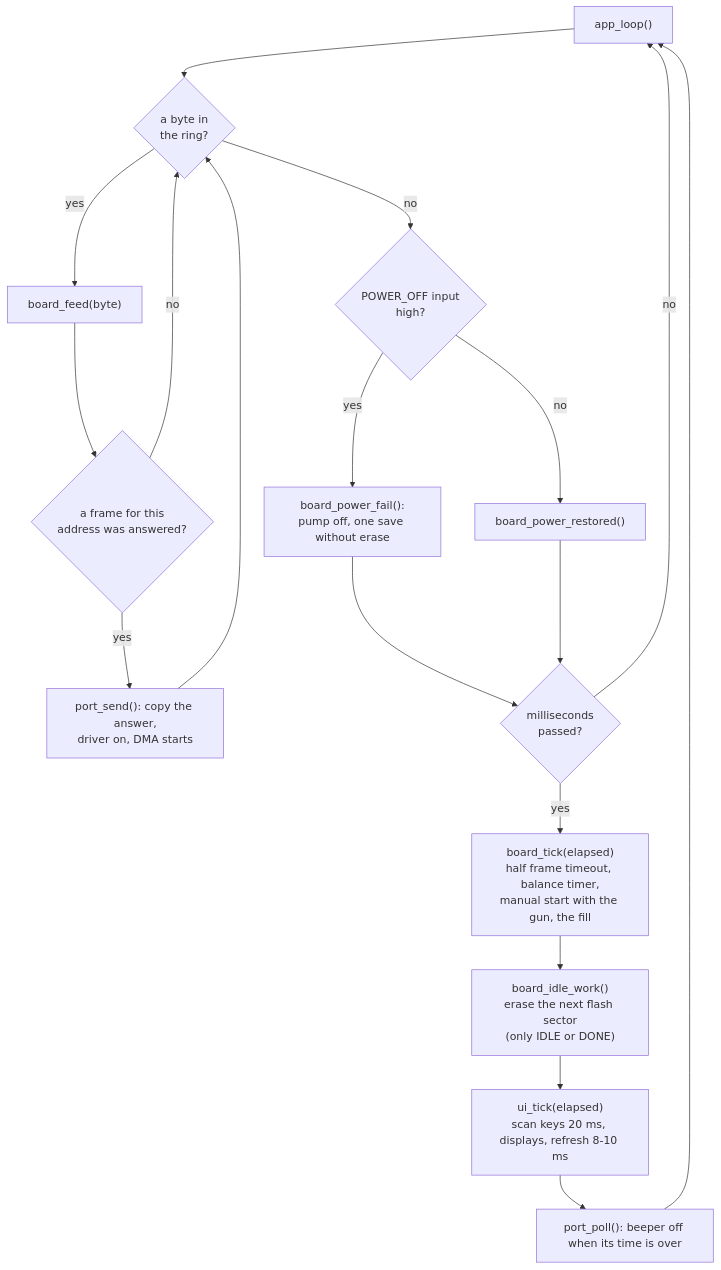
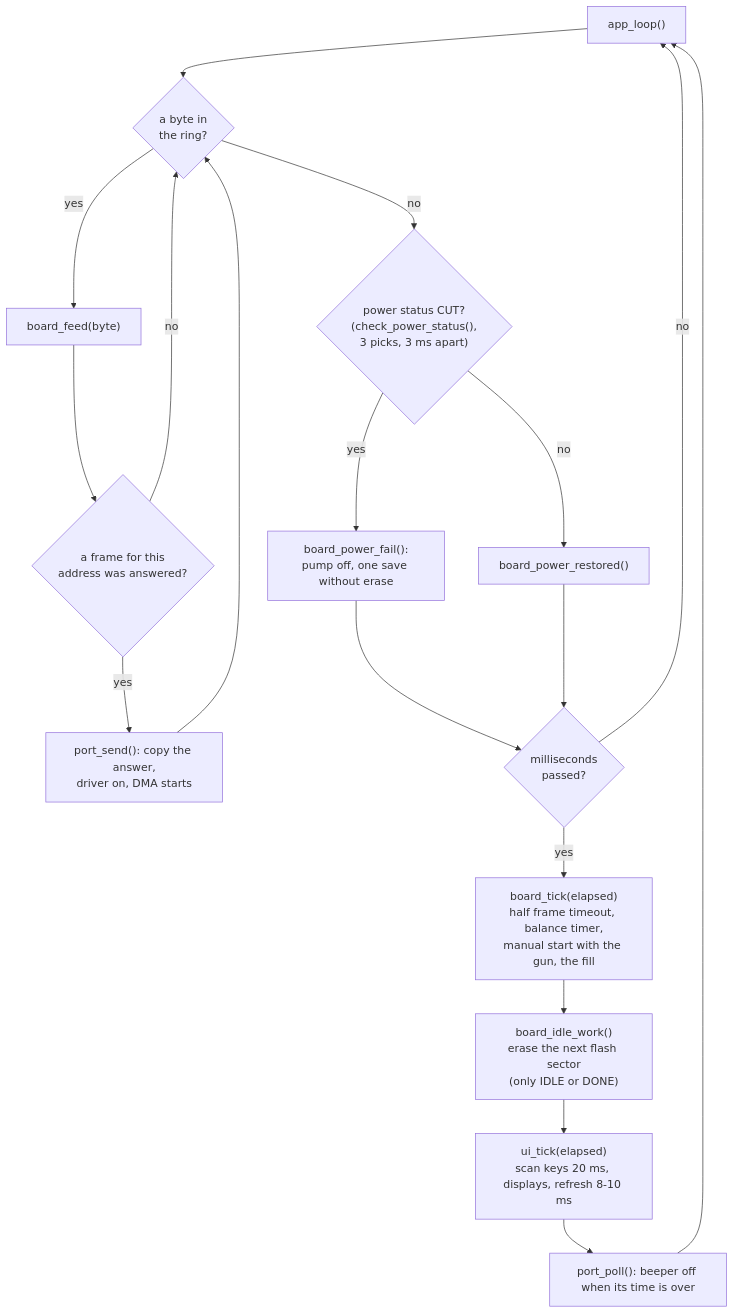
The third of 9 diagrams in firmware/WORKFLOW.md (atosdev7/GasStaion), drawn with Mermaid before and after one commit. The commit also changed other lines of this file and 12 other files, not shown here.

Commit message:
Firmware: the power status is picked by check_power_status() (3 picks, 3 ms apart, no interrupt)

````diff
--- a/firmware/WORKFLOW.md
+++ b/firmware/WORKFLOW.md
@@ -58,20 +58,20 @@
 ```mermaid
 flowchart TD
     A["app_loop()"] --> B{"a byte in<br/>the ring?"}
     B -- yes --> C["board_feed(byte)"]
     C --> D{"a frame for this<br/>address was answered?"}
     D -- yes --> E["port_send(): copy the answer,<br/>driver on, DMA starts"]
     D -- no --> B
     E --> B
-    B -- no --> F{"POWER_OFF input<br/>high?"}
+    B -- no --> F{"power status CUT?<br/>(check_power_status(),<br/>3 picks, 3 ms apart)"}
     F -- yes --> G["board_power_fail():<br/>pump off, one save without erase"]
     F -- no --> H["board_power_restored()"]
     G --> I{"milliseconds<br/>passed?"}
     H --> I
     I -- no --> A
     I -- yes --> J["board_tick(elapsed)<br/>half frame timeout, balance timer,<br/>manual start with the gun, the fill"]
     J --> K["board_idle_work()<br/>erase the next flash sector<br/>(only IDLE or DONE)"]
     K --> L["ui_tick(elapsed)<br/>scan keys 20 ms, displays, refresh 8-10 ms"]
     L --> M["port_poll(): beeper off when its time is over"]
     M --> A
 ```
````
